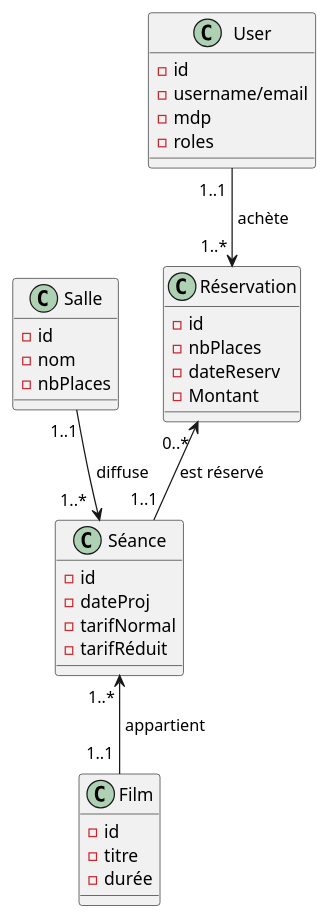
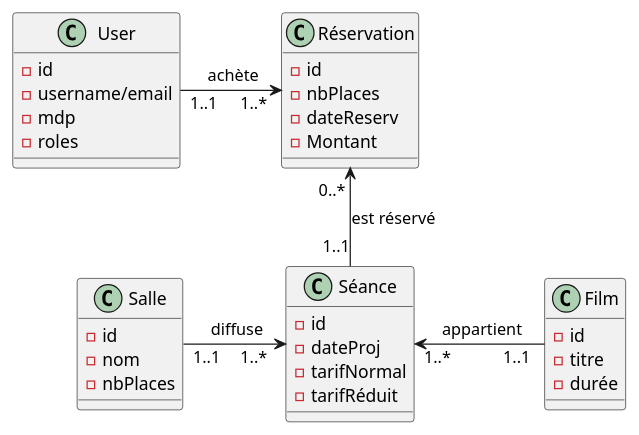
Before and after one commit to alexandregascon/api-cinema: the diagram in documentation/diagramme_de_classe.puml, drawn with PlantUML. The commit also changed 20 other files, not shown here.

```diff
--- a/documentation/diagramme_de_classe.puml
+++ b/documentation/diagramme_de_classe.puml
@@ -1,42 +1,42 @@
 @startuml
 'https://plantuml.com/class-diagram
 
 class Salle {
 - id
 - nom
 - nbPlaces
 }
 
 class Séance {
 - id
 - dateProj
 - tarifNormal
 - tarifRéduit
 }
 
 class Film {
 - id
 - titre
 - durée
 }
 
 class User {
 - id
 - username/email
 - mdp
 - roles
 }
 
 class Réservation {
 - id
 - nbPlaces
 - dateReserv
 - Montant
 }
 
-User "1..1 "-->"1..* " Réservation : " achète"
-Salle "1..1"-->"1..*  " Séance : " diffuse"
+User "1..1 "->"1..* " Réservation : " achète"
+Salle "1..1"->"1..*  " Séance : " diffuse"
 Réservation "0..* "<--"1..1" Séance : "est réservé"
-Séance "1..* "<--"1..1 " Film : " appartient"
+Séance "1..* "<-"1..1 " Film : " appartient"
 
 @enduml
```
